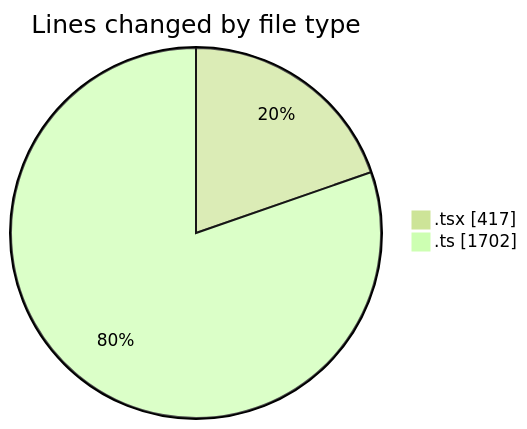
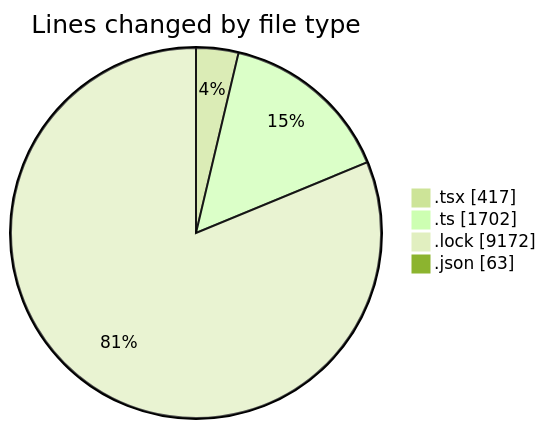
Before and after one commit to momahboobian/code-tracking: the first of 2 diagrams in 2025-12-03/cda/README.md, drawn with Mermaid (forest theme). The commit also changed other lines of this file and 1 other file, not shown here.

````diff
--- a/2025-12-03/cda/README.md
+++ b/2025-12-03/cda/README.md
@@ -21,6 +23,8 @@
 ```mermaid
 pie showData
 title Lines changed by file type
 ".tsx" : 417
 ".ts" : 1702
+".lock" : 9172
+".json" : 63
 ```
````
